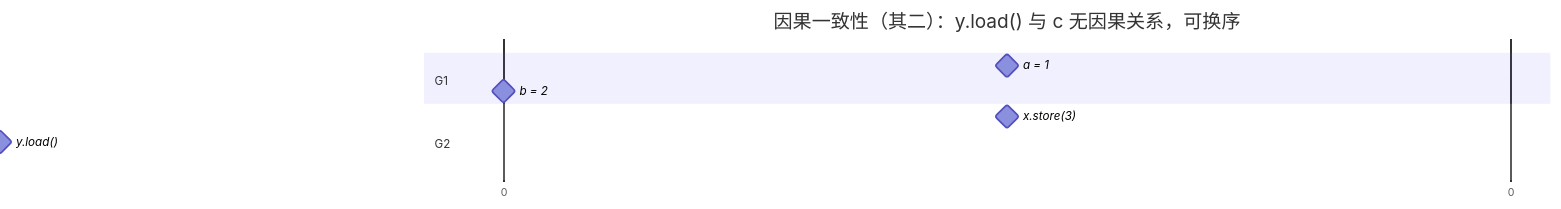
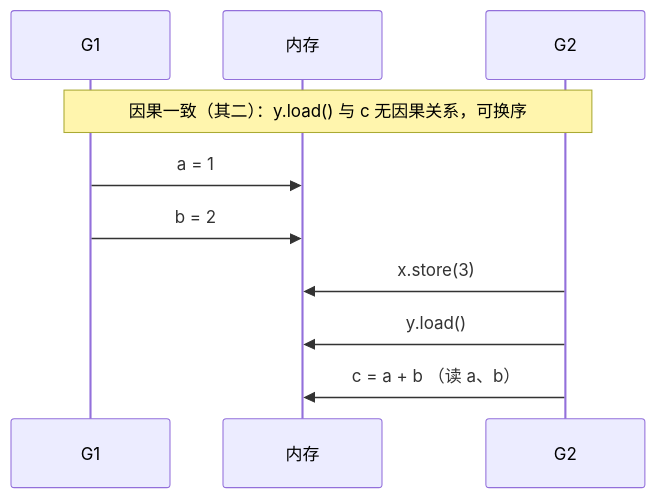
One commit to golang-design/under-the-hood changed the sixth of 11 diagrams in book/zh-cn/part1basic/ch05sync/mem.md. Above: the diagram before and after it, drawn with Mermaid. The commit also changed other lines of this file and 1 other file, not shown here.

First line of the commit message:
book: replace gantt timing diagrams with sequence diagrams

````diff
--- a/book/zh-cn/part1basic/ch05sync/mem.md
+++ b/book/zh-cn/part1basic/ch05sync/mem.md
@@ -168,13 +164,12 @@
 ```mermaid
-gantt
-    title 因果一致性（其二）：y.load() 与 c 无因果关系，可换序
-    dateFormat X
-    axisFormat %s
-    section G1
-    a = 1 :milestone, 1, 0
-    b = 2 :milestone, 2, 0
-    section G2
-    x.store(3) :milestone, 1, 0
-    y.load()   :milestone, 3, 0
-    c = a + b  :milestone, 4, 0
+sequenceDiagram
+    participant G1
+    participant M as 内存
+    participant G2
+    Note over G1,G2: 因果一致（其二）：y.load() 与 c 无因果关系，可换序
+    G1->>M: a = 1
+    G1->>M: b = 2
+    G2->>M: x.store(3)
+    G2->>M: y.load()
+    G2->>M: c = a + b （读 a、b）
 ```
````
